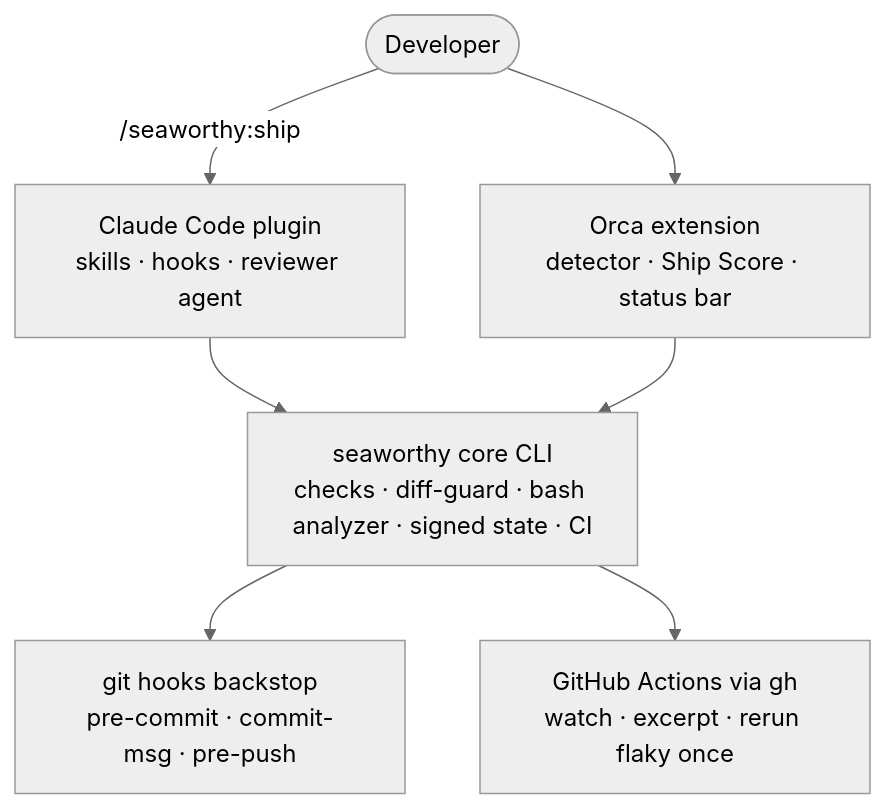
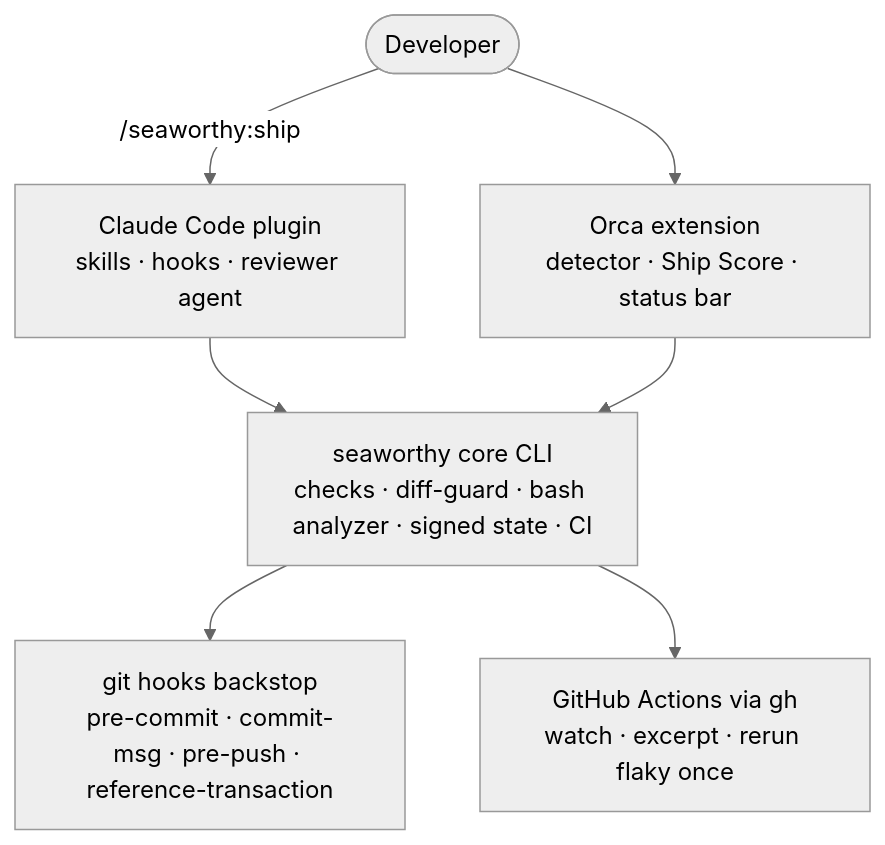
One commit to StanislavV01/seaworthy changed the diagram in README.md. Above: the diagram before and after it, drawn with Mermaid (neutral theme). The commit also changed other lines of this file and 1 other file, not shown here.

````diff
--- a/README.md
+++ b/README.md
@@ -95,9 +95,9 @@
 ```mermaid
 flowchart TB
     Dev([Developer]) -->|/seaworthy:ship| CC[Claude Code plugin<br/>skills · hooks · reviewer agent]
     Dev --> Orca[Orca extension<br/>detector · Ship Score · status bar]
     CC --> Core[seaworthy core CLI<br/>checks · diff-guard · bash analyzer · signed state · CI]
     Orca --> Core
-    Core --> Git[git hooks backstop<br/>pre-commit · commit-msg · pre-push]
+    Core --> Git[git hooks backstop<br/>pre-commit · commit-msg · pre-push · reference-transaction]
     Core --> GH[GitHub Actions via gh<br/>watch · excerpt · rerun flaky once]
 ```
````
